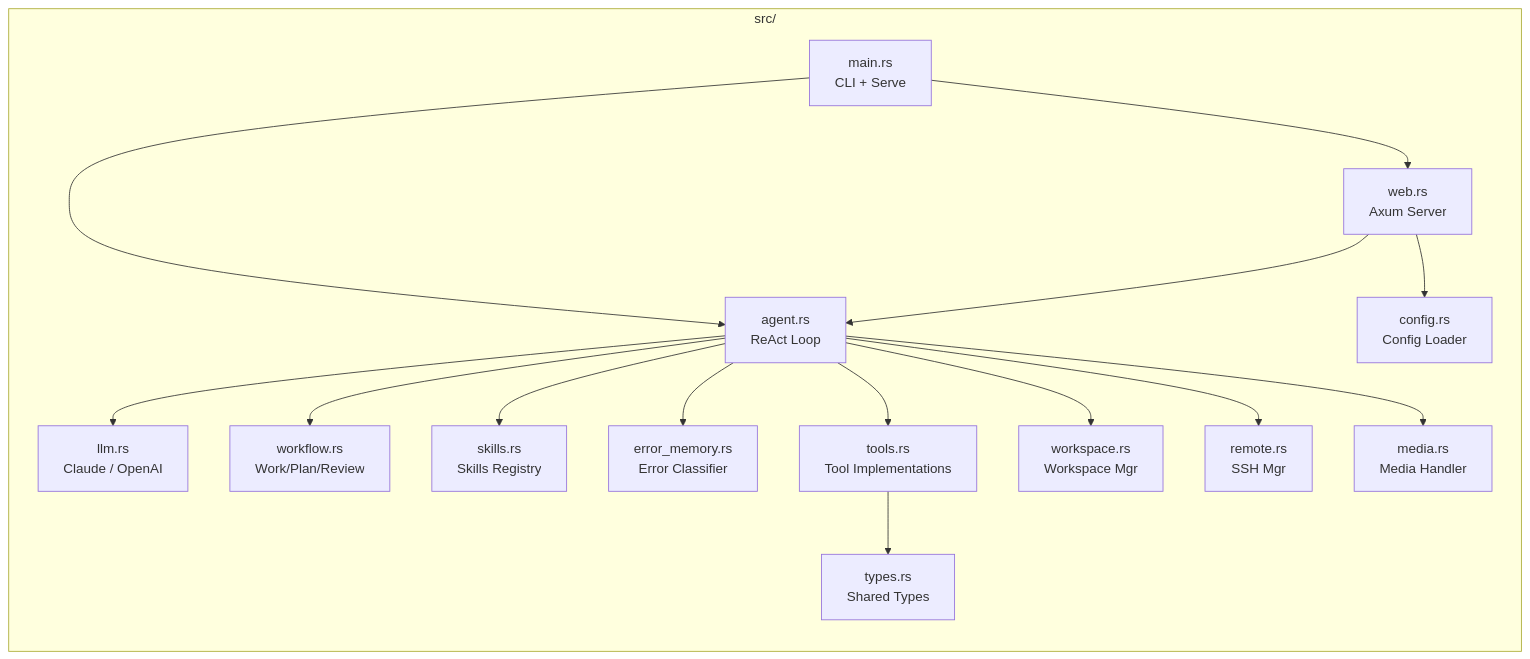
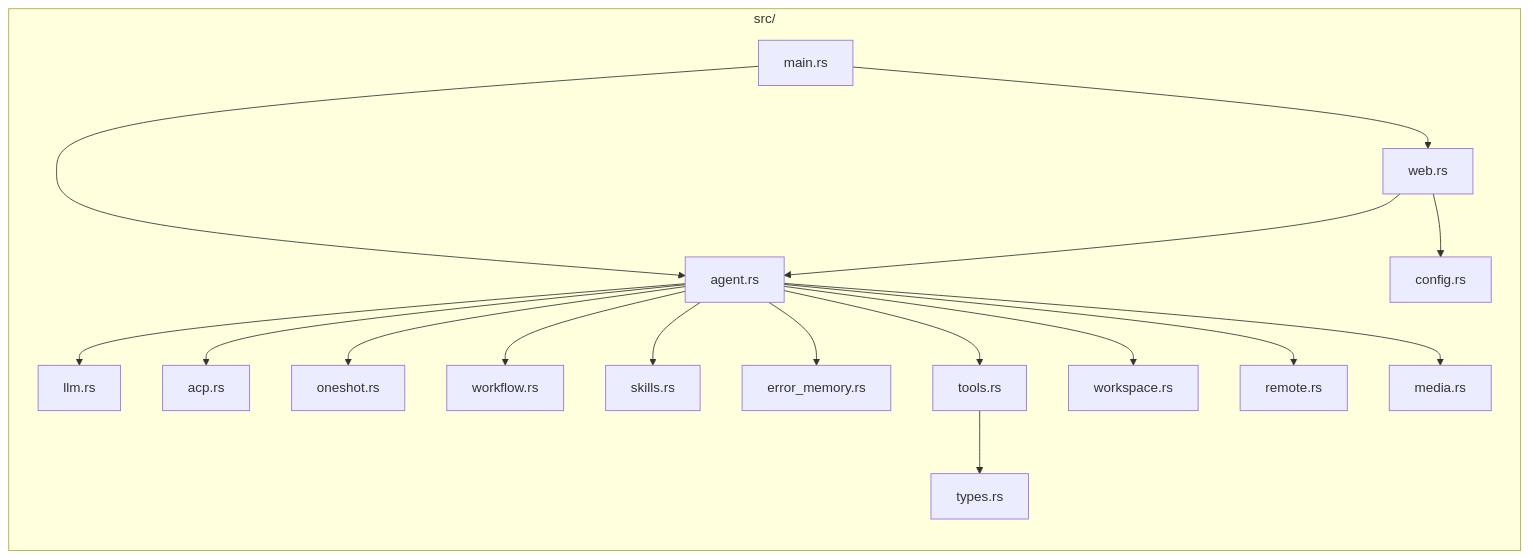
Before and after one commit to sapsapshen/Generic-Coder-Rust: the second of 2 diagrams in README.md, drawn with Mermaid. The commit also changed other lines of this file and 11 other files, not shown here.

First line of the commit message:
feat: ACP multi-agent, One Shot autonomous mode, stop hardening, IME fix

````diff
--- a/README.md
+++ b/README.md
@@ -105,32 +59,36 @@
 ```mermaid
 graph LR
     subgraph src/
-        main[main.rs<br/>CLI + Serve]
-        web[web.rs<br/>Axum Server]
-        agent[agent.rs<br/>ReAct Loop]
-        llm[llm.rs<br/>Claude / OpenAI]
-        workflow[workflow.rs<br/>Work/Plan/Review]
-        skills[skills.rs<br/>Skills Registry]
-        error_memory[error_memory.rs<br/>Error Classifier]
-        tools[tools.rs<br/>Tool Implementations]
-        workspace[workspace.rs<br/>Workspace Mgr]
-        remote[remote.rs<br/>SSH Mgr]
-        media[media.rs<br/>Media Handler]
-        types[types.rs<br/>Shared Types]
-        config[config.rs<br/>Config Loader]
+        main[main.rs]
+        web[web.rs]
+        agent[agent.rs]
+        acp[acp.rs]
+        oneshot[oneshot.rs]
+        llm[llm.rs]
+        workflow[workflow.rs]
+        skills[skills.rs]
+        error_memory[error_memory.rs]
+        tools[tools.rs]
+        workspace[workspace.rs]
+        remote[remote.rs]
+        media[media.rs]
+        types[types.rs]
+        config[config.rs]
     end
 
     main --> web
     main --> agent
     agent --> llm
+    agent --> acp
+    agent --> oneshot
     agent --> workflow
     agent --> skills
     agent --> error_memory
     agent --> tools
     agent --> workspace
     agent --> remote
     agent --> media
     web --> agent
     web --> config
     tools --> types
 ```
````
